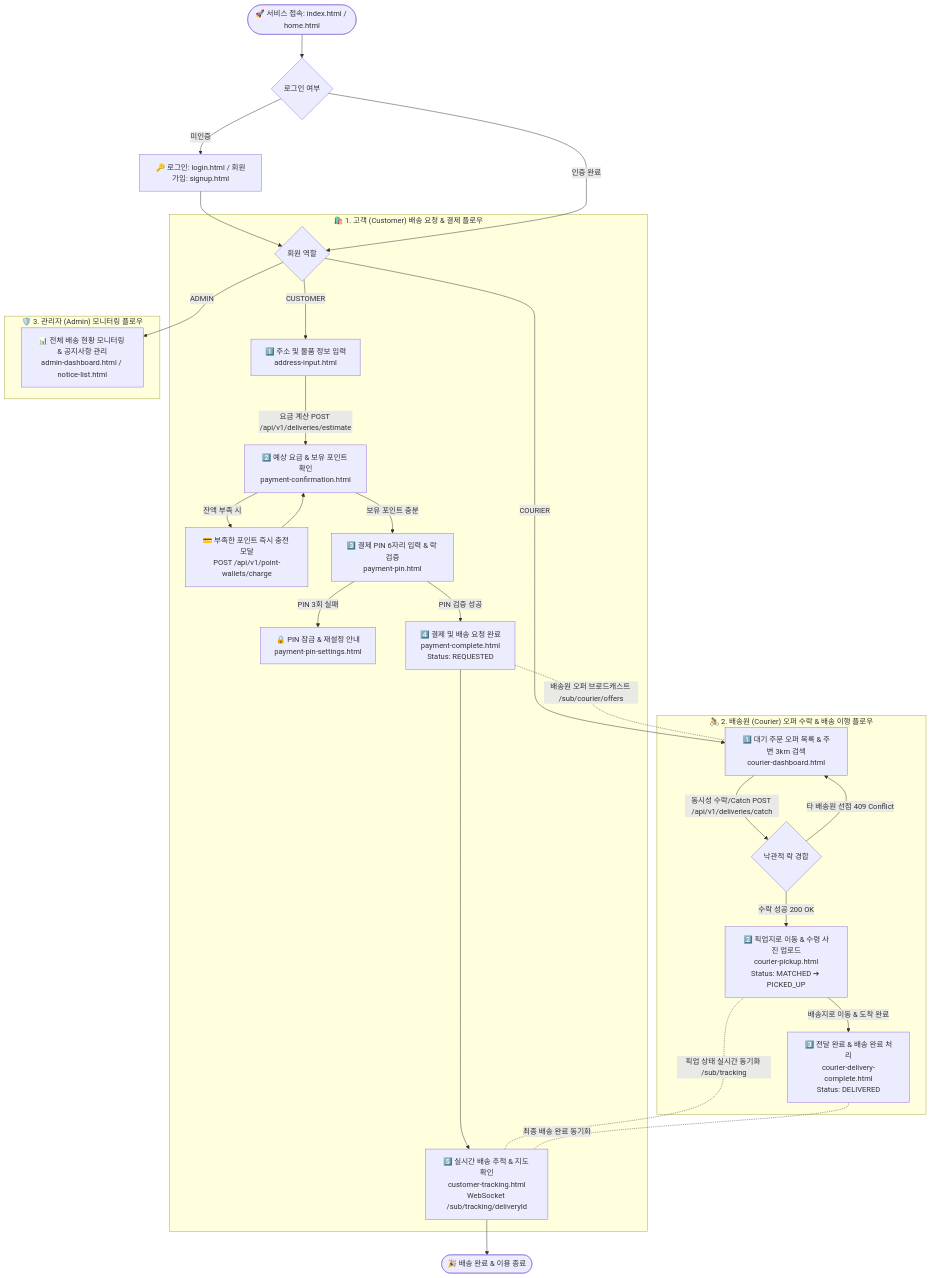
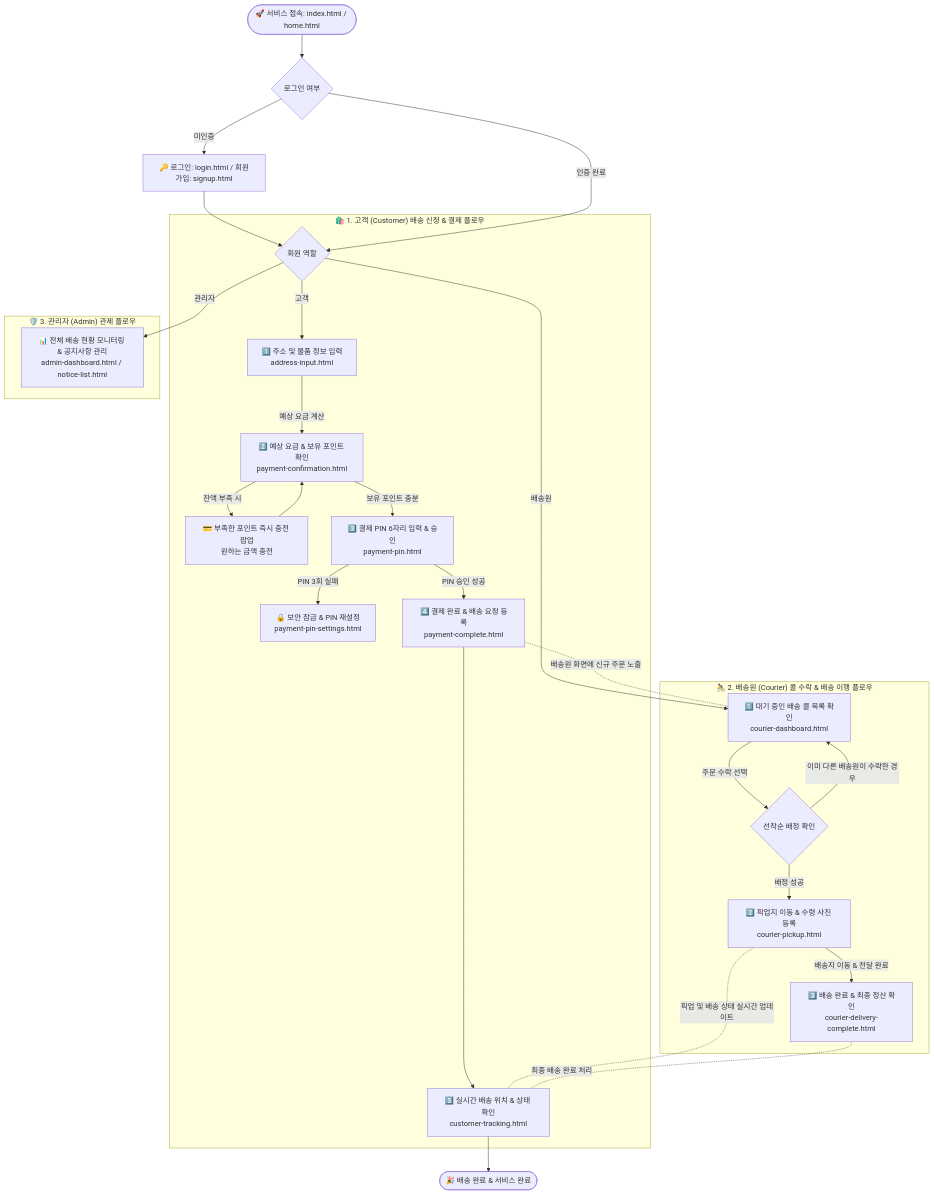
Before and after one commit to ShinhanDSProject/shinhan-delivery: the first of 3 diagrams in docs/전체-유저-플로우-가이드.md, drawn with Mermaid. The commit also changed other lines of this file, not shown here.

Commit message:
docs: 유저 플로우 가이드북 내 저수준 기술 용어를 사용자 및 비즈니스 관점 표현으로 정제

````diff
--- a/docs/전체-유저-플로우-가이드.md
+++ b/docs/전체-유저-플로우-가이드.md
@@ -29,52 +29,52 @@
 ```mermaid
 flowchart TD
     %% 시작 및 인증
     Start([🚀 서비스 접속: index.html / home.html]) --> AuthChoice{로그인 여부}
     
     AuthChoice -- 미인증 --> Login[🔑 로그인: login.html / 회원가입: signup.html]
     Login --> RoleChoice{회원 역할}
     AuthChoice -- 인증 완료 --> RoleChoice
 
     %% -------------------------------------------------------------
     %% 1. 고객 (Customer) 유저 플로우
     %% -------------------------------------------------------------
-    subgraph CustomerFlow ["🛍️ 1. 고객 (Customer) 배송 요청 & 결제 플로우"]
-        RoleChoice -- CUSTOMER --> AddrInput[1️⃣ 주소 및 물품 정보 입력<br/>address-input.html]
-        AddrInput -- 요금 계산 POST /api/v1/deliveries/estimate --> PayConfirm[2️⃣ 예상 요금 & 보유 포인트 확인<br/>payment-confirmation.html]
+    subgraph CustomerFlow ["🛍️ 1. 고객 (Customer) 배송 신청 & 결제 플로우"]
+        RoleChoice -- 고객 --> AddrInput[1️⃣ 주소 및 물품 정보 입력<br/>address-input.html]
+        AddrInput -- 예상 요금 계산 --> PayConfirm[2️⃣ 예상 요금 & 보유 포인트 확인<br/>payment-confirmation.html]
         
-        PayConfirm -- 잔액 부족 시 --> PointCharge[💳 부족한 포인트 즉시 충전 모달<br/>POST /api/v1/point-wallets/charge]
+        PayConfirm -- 잔액 부족 시 --> PointCharge[💳 부족한 포인트 즉시 충전 팝업<br/>원하는 금액 충전]
         PointCharge --> PayConfirm
         
-        PayConfirm -- 보유 포인트 충분 --> PayPin[3️⃣ 결제 PIN 6자리 입력 & 락 검증<br/>payment-pin.html]
-        PayPin -- PIN 3회 실패 --> PinLock[🔒 PIN 잠금 & 재설정 안내<br/>payment-pin-settings.html]
-        PayPin -- PIN 검증 성공 --> PayComplete[4️⃣ 결제 및 배송 요청 완료<br/>payment-complete.html<br/>Status: REQUESTED]
+        PayConfirm -- 보유 포인트 충분 --> PayPin[3️⃣ 결제 PIN 6자리 입력 & 승인<br/>payment-pin.html]
+        PayPin -- PIN 3회 실패 --> PinLock[🔒 보안 잠금 & PIN 재설정<br/>payment-pin-settings.html]
+        PayPin -- PIN 승인 성공 --> PayComplete[4️⃣ 결제 완료 & 배송 요청 등록<br/>payment-complete.html]
         
-        PayComplete --> Tracking[5️⃣ 실시간 배송 추적 & 지도 확인<br/>customer-tracking.html<br/>WebSocket /sub/tracking/deliveryId]
+        PayComplete --> Tracking[5️⃣ 실시간 배송 위치 & 상태 확인<br/>customer-tracking.html]
     end
 
     %% -------------------------------------------------------------
     %% 2. 배송원 (Courier) 유저 플로우
     %% -------------------------------------------------------------
-    subgraph CourierFlow ["🚴 2. 배송원 (Courier) 오퍼 수락 & 배송 이행 플로우"]
-        RoleChoice -- COURIER --> CourierDash[1️⃣ 대기 주문 오퍼 목록 & 주변 3km 검색<br/>courier-dashboard.html]
+    subgraph CourierFlow ["🚴 2. 배송원 (Courier) 콜 수락 & 배송 이행 플로우"]
+        RoleChoice -- 배송원 --> CourierDash[1️⃣ 대기 중인 배송 콜 목록 확인<br/>courier-dashboard.html]
         
-        CourierDash -- 동시성 수락/Catch POST /api/v1/deliveries/catch --> MatchCheck{낙관적 락 경합}
-        MatchCheck -- 타 배송원 선점 409 Conflict --> CourierDash
-        MatchCheck -- 수락 성공 200 OK --> CourierPickup[2️⃣ 픽업지로 이동 & 수령 사진 업로드<br/>courier-pickup.html<br/>Status: MATCHED ➔ PICKED_UP]
+        CourierDash -- 주문 수락 선택 --> MatchCheck{선착순 배정 확인}
+        MatchCheck -- 이미 다른 배송원이 수락한 경우 --> CourierDash
+        MatchCheck -- 배정 성공 --> CourierPickup[2️⃣ 픽업지 이동 & 수령 사진 등록<br/>courier-pickup.html]
         
-        CourierPickup -- 배송지로 이동 & 도착 완료 --> CourierComplete[3️⃣ 전달 완료 & 배송 완료 처리<br/>courier-delivery-complete.html<br/>Status: DELIVERED]
+        CourierPickup -- 배송지 이동 & 전달 완료 --> CourierComplete[3️⃣ 배송 완료 & 최종 정산 확인<br/>courier-delivery-complete.html]
     end
 
     %% -------------------------------------------------------------
     %% 3. 관리자 (Admin) 유저 플로우
     %% -------------------------------------------------------------
-    subgraph AdminFlow ["🛡️ 3. 관리자 (Admin) 모니터링 플로우"]
-        RoleChoice -- ADMIN --> AdminDash[📊 전체 배송 현황 모니터링 & 공지사항 관리<br/>admin-dashboard.html / notice-list.html]
+    subgraph AdminFlow ["🛡️ 3. 관리자 (Admin) 관제 플로우"]
+        RoleChoice -- 관리자 --> AdminDash[📊 전체 배송 현황 모니터링 & 공지사항 관리<br/>admin-dashboard.html / notice-list.html]
     end
 
     %% 실시간 상호작용 연결
-    PayComplete -. 배송원 오퍼 브로드캐스트 /sub/courier/offers .- CourierDash
-    CourierPickup -. 픽업 상태 실시간 동기화 /sub/tracking .- Tracking
-    CourierComplete -. 최종 배송 완료 동기화 .- Tracking
-    Tracking --> Finish([🎉 배송 완료 & 이용 종료])
+    PayComplete -. 배송원 화면에 신규 주문 노출 .- CourierDash
+    CourierPickup -. 픽업 및 배송 상태 실시간 업데이트 .- Tracking
+    CourierComplete -. 최종 배송 완료 처리 .- Tracking
+    Tracking --> Finish([🎉 배송 완료 & 서비스 완료])
 ```
````
